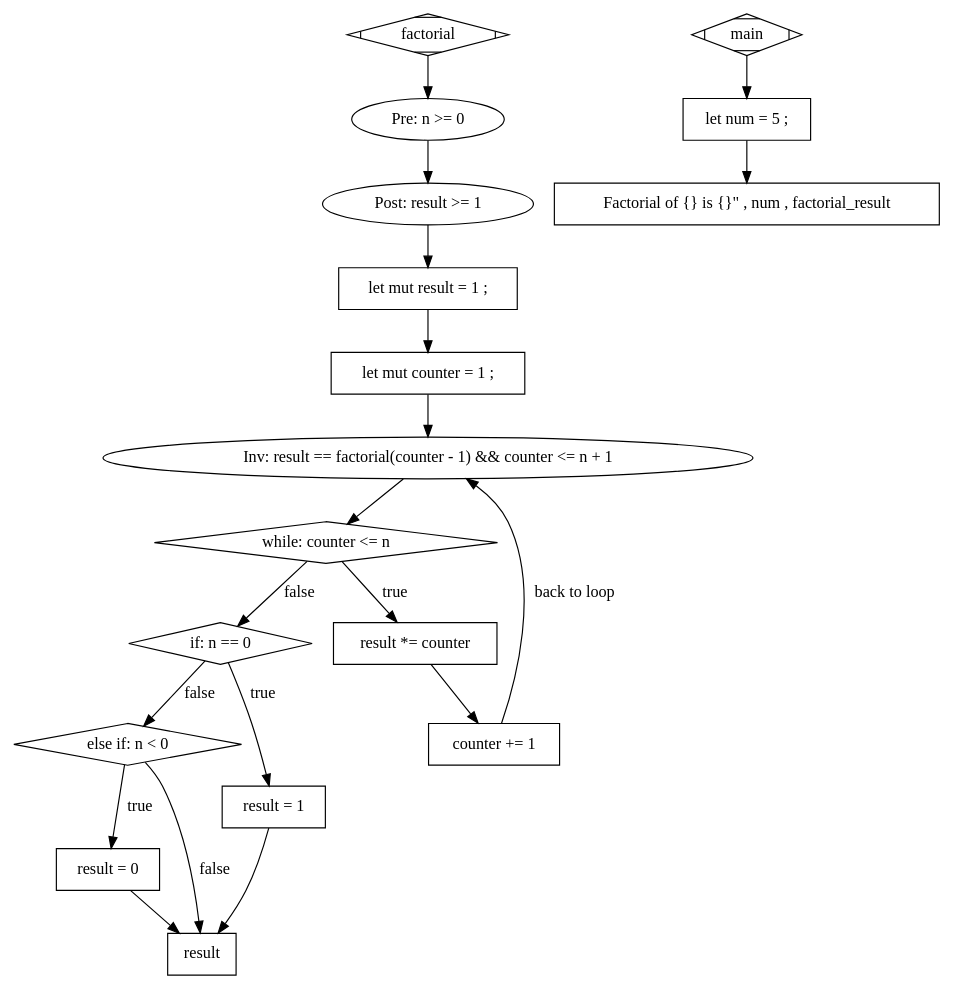
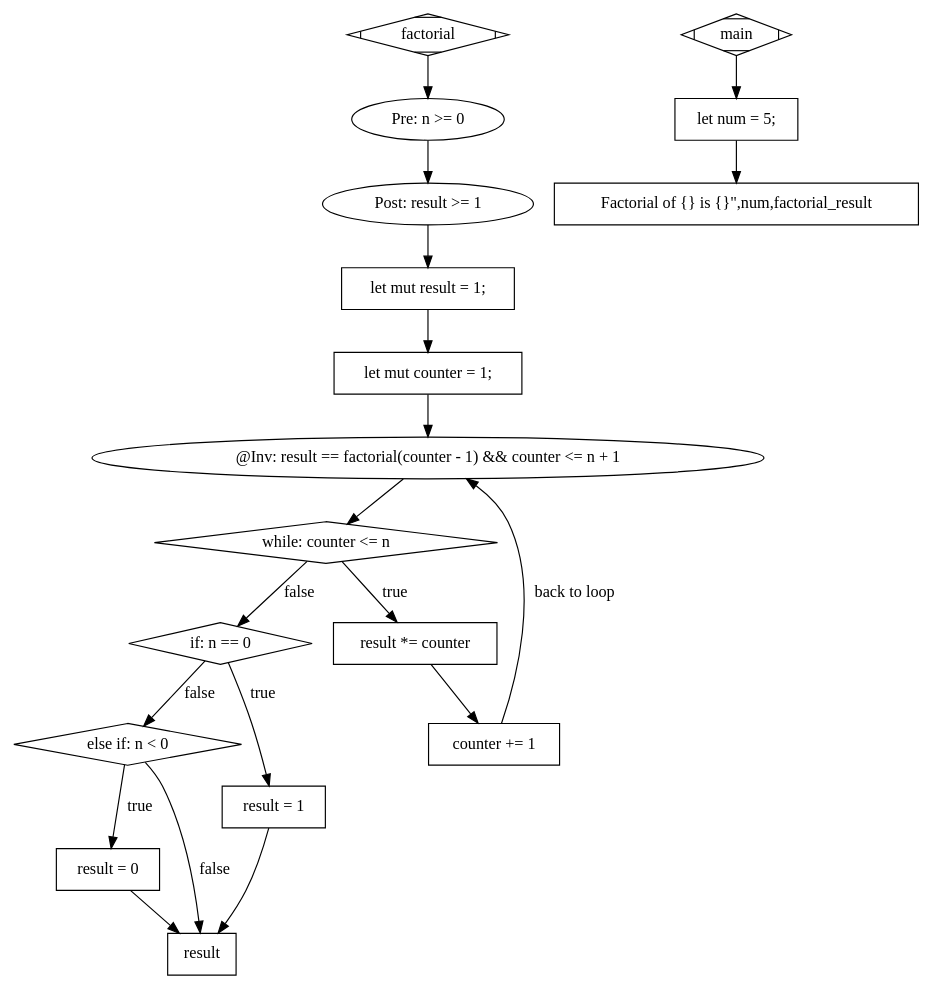
One commit to vasilevlaicu/secured-rust changed the diagram in src/graphs/simple.dot. Above: the diagram before and after it, drawn with Graphviz. The commit also changed 6 other files, not shown here.

```diff
--- a/src/graphs/simple.dot
+++ b/src/graphs/simple.dot
@@ -1,37 +1,37 @@
 digraph G {
 0 [label="factorial", shape=Mdiamond]
 1 [label="Pre: n >= 0", shape=ellipse]
 2 [label="Post: result >= 1", shape=ellipse]
-3 [label="let mut result = 1 ;", shape=box]
-4 [label="let mut counter = 1 ;", shape=box]
-5 [label="Inv: result == factorial(counter - 1) && counter <= n + 1", shape=ellipse]
+3 [label="let mut result = 1;", shape=box]
+4 [label="let mut counter = 1;", shape=box]
+5 [label="@Inv: result == factorial(counter - 1) && counter <= n + 1", shape=ellipse]
 6 [label="while: counter <= n", shape=diamond]
 7 [label="result *= counter", shape=box]
 8 [label="counter += 1", shape=box]
 9 [label="main", shape=Mdiamond]
 10 [label="if: n == 0", shape=diamond]
 11 [label="result = 1", shape=box]
-12 [label="let num = 5 ;", shape=box]
+12 [label="let num = 5;", shape=box]
 13 [label="else if: n < 0", shape=diamond]
 14 [label="result = 0", shape=box]
-15 [label="Factorial of {} is {}\" , num , factorial_result", shape=box]
+15 [label="Factorial of {} is {}\",num,factorial_result", shape=box]
 16 [label="result", shape=box]
 0 -> 1 [label=""];
 1 -> 2 [label=""];
 2 -> 3 [label=""];
 3 -> 4 [label=""];
 4 -> 5 [label=""];
 5 -> 6 [label=""];
 6 -> 7 [label="true"];
 7 -> 8 [label=""];
 8 -> 5 [label="back to loop"];
 11 -> 16 [label=""];
 6 -> 10 [label="false"];
 10 -> 11 [label="true"];
 9 -> 12 [label=""];
 10 -> 13 [label="false"];
 13 -> 14 [label="true"];
 12 -> 15 [label=""];
 14 -> 16 [label=""];
 13 -> 16 [label="false"];
 }
```
